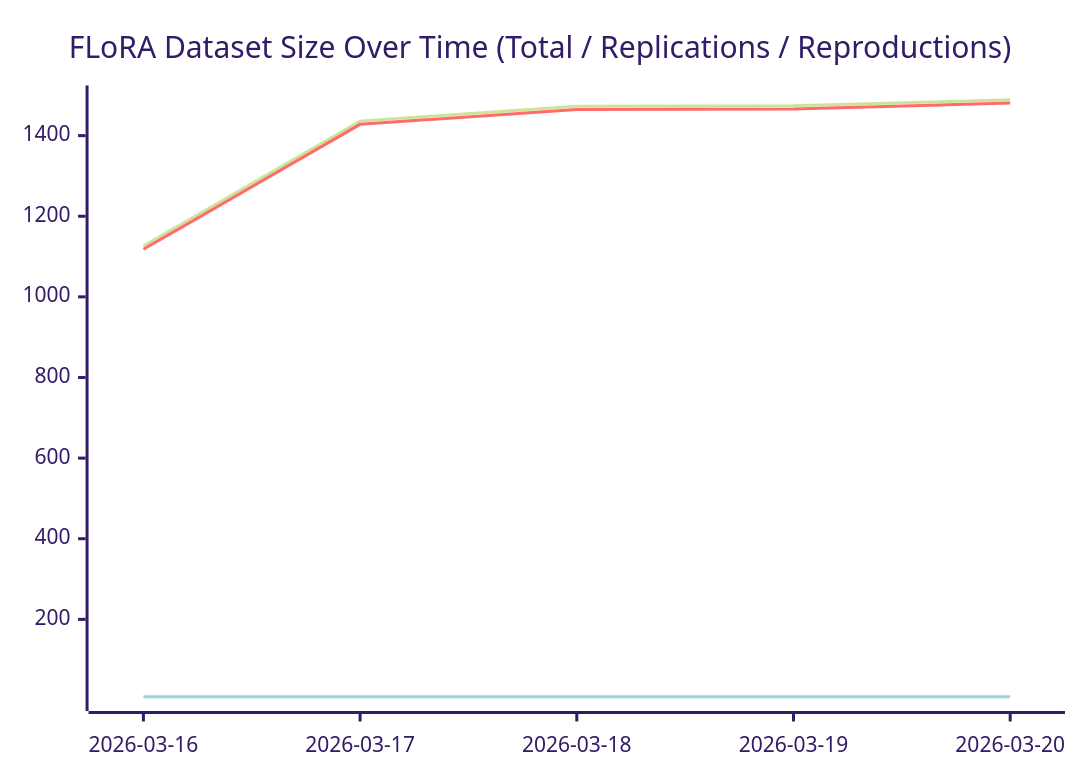
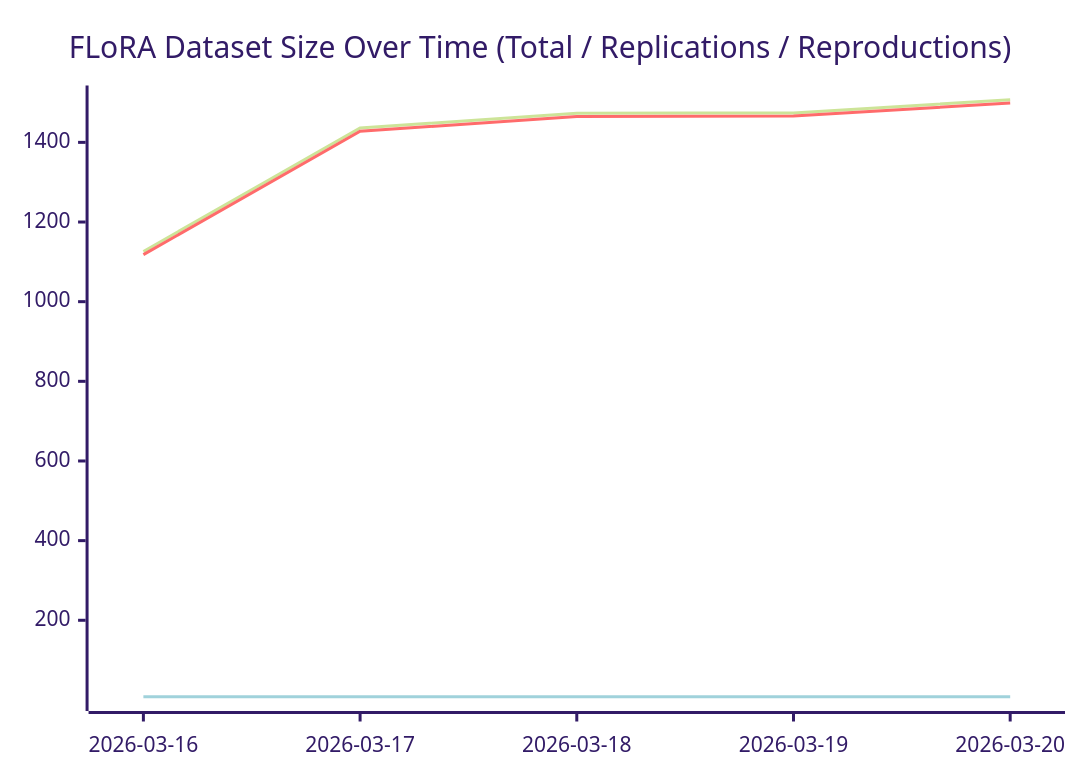
One commit to forrtproject/fred-data changed the diagram in README.md. Above: the diagram before and after it, drawn with Mermaid (forest theme). The commit also changed other lines of this file, not shown here.

Commit message:
Update flora.csv [automated]

````diff
--- a/README.md
+++ b/README.md
@@ -441,8 +441,8 @@
 ```mermaid
 xychart-beta
     title "FLoRA Dataset Size Over Time (Total / Replications / Reproductions)"
     x-axis ["2026-03-16", "2026-03-17", "2026-03-18", "2026-03-19", "2026-03-20"]
-    line [1126, 1436, 1473, 1474, 1489]
-    line [1118, 1428, 1465, 1466, 1481]
+    line [1126, 1436, 1473, 1474, 1507]
+    line [1118, 1428, 1465, 1466, 1499]
     line [8, 8, 8, 8, 8]
 ```
````
